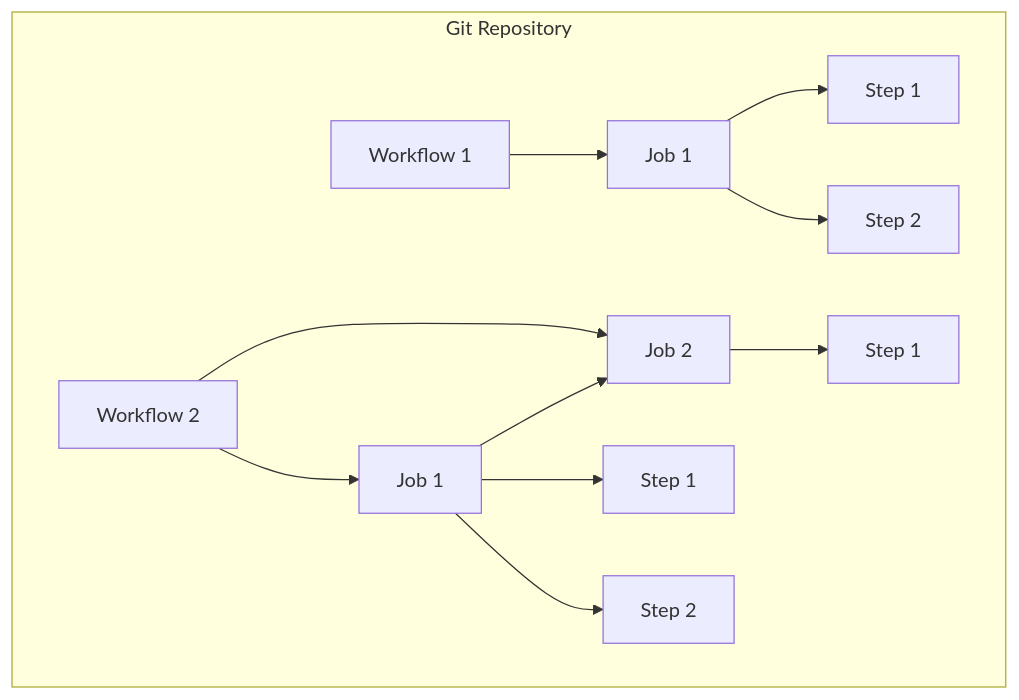
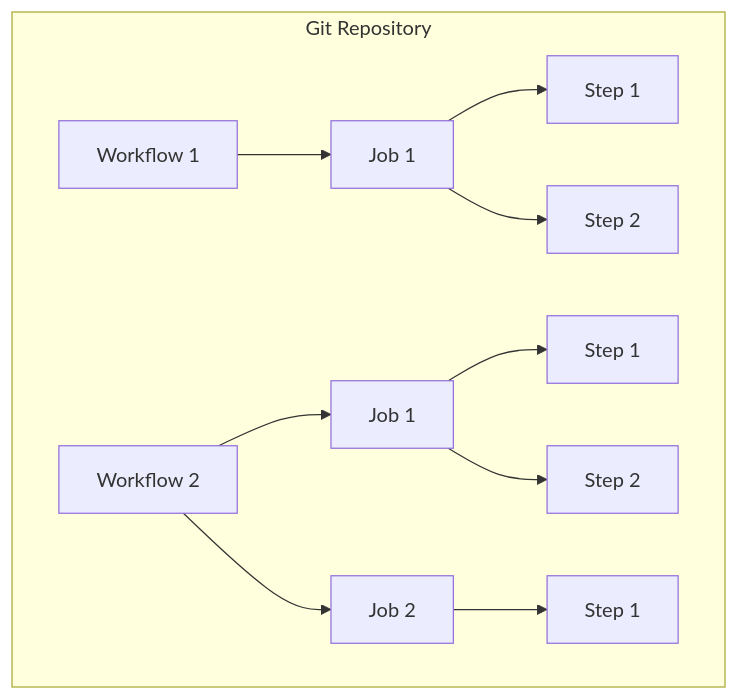
The first of 2 diagrams in content/posts/training/GitHub/GitHub Actions - The Complete Guide/03-github-actions-fundamentals/index.md (rtdevx/rtdevx.github.io), drawn with Mermaid before and after one commit.

Commit message:
Obsidian sync: 2025-12-08 16:17:13

```diff
--- a/content/posts/training/GitHub/GitHub Actions - The Complete Guide/03-github-actions-fundamentals/index.md
+++ b/content/posts/training/GitHub/GitHub Actions - The Complete Guide/03-github-actions-fundamentals/index.md
@@ -20,21 +20,20 @@
 {{< mermaid >}}
 flowchart TD
     subgraph Repo[Git Repository]
     %% Workflow 1
     A[Workflow 1] --> B[Job 1]
     B --> C[Step 1]
     B --> D[Step 2]
 
     %% Workflow 2
     E[Workflow 2] --> F[Job 1]
     E --> I[Job 2]
-    F[Job 1] --> I[Job 2]
 
     %% Steps for Job 1
     F --> G[Step 1]
     F --> H[Step 2]
 
     %% Steps for Job 2
     I --> J[Step 1]
     end
 {{< /mermaid >}}
```
